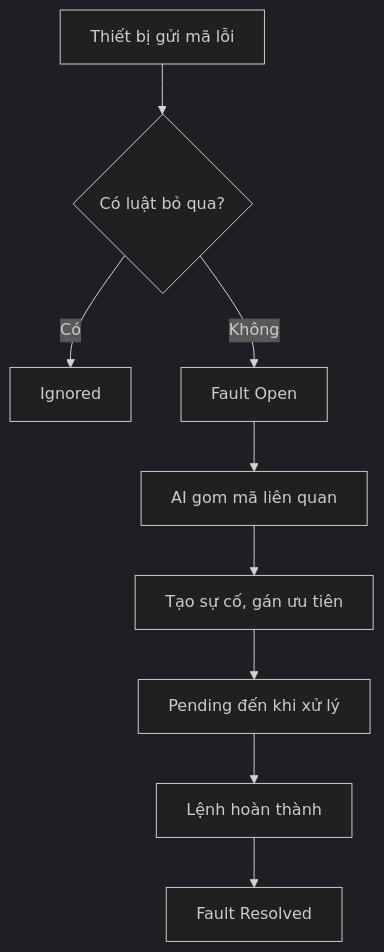
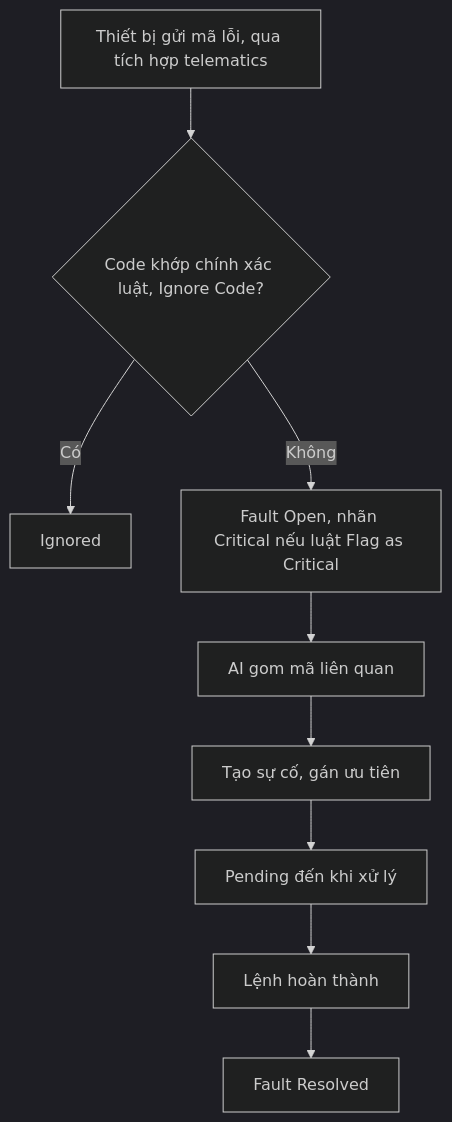
The third of 25 diagrams in docs/_research/fleetio/srs/fleetio-repair-flows.md (szitphan/invlogis), drawn with Mermaid (dark theme) before and after one commit. The commit also changed other lines of this file and 113 other files, not shown here.

````diff
--- a/docs/_research/fleetio/srs/fleetio-repair-flows.md
+++ b/docs/_research/fleetio/srs/fleetio-repair-flows.md
@@ -87,11 +87,11 @@
 ```mermaid
 flowchart TD
-    A["Thiết bị gửi mã lỗi"] --> B{"Có luật bỏ qua?"}
+    A["Thiết bị gửi mã lỗi, qua tích hợp telematics"] --> B{"Code khớp chính xác luật, Ignore Code?"}
     B -->|"Có"| C["Ignored"]
-    B -->|"Không"| D["Fault Open"]
+    B -->|"Không"| D["Fault Open, nhãn Critical nếu luật Flag as Critical"]
     D --> E["AI gom mã liên quan"]
     E --> F["Tạo sự cố, gán ưu tiên"]
     F --> G["Pending đến khi xử lý"]
     G --> H["Lệnh hoàn thành"]
     H --> I["Fault Resolved"]
 ```
````
